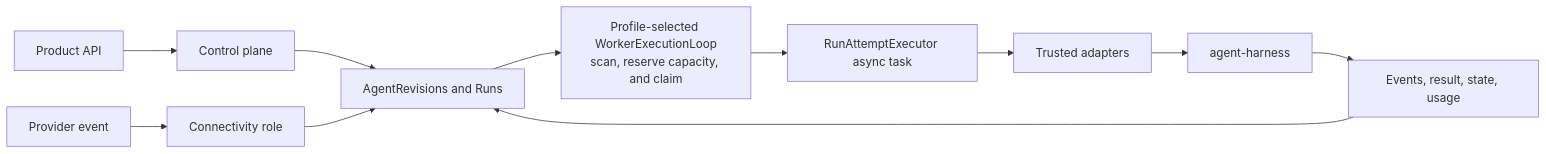
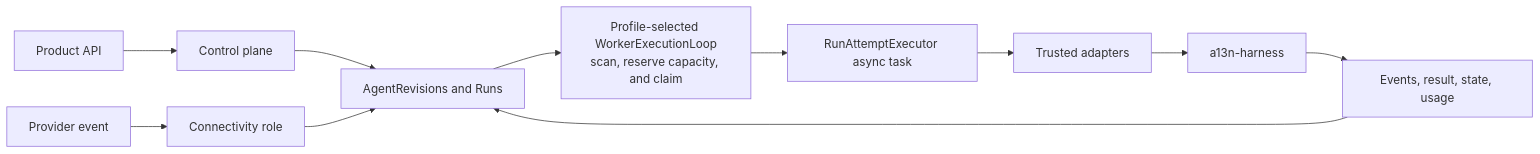
Before and after one commit to LTThreeComma/agent-foundation: the second of 4 diagrams in spec/README.md, drawn with Mermaid. The commit also changed other lines of this file and 1957 other files, not shown here.

````diff
--- a/spec/README.md
+++ b/spec/README.md
@@ -195,12 +203,12 @@
 ```mermaid
 flowchart LR
     API[Product API] --> Control[Control plane]
     Provider[Provider event] --> Connectivity[Connectivity role]
     Control & Connectivity --> Durable[AgentRevisions and Runs]
     Durable --> Loop[Profile-selected WorkerExecutionLoop<br/>scan, reserve capacity, and claim]
     Loop --> Executor[RunAttemptExecutor async task]
     Executor --> Reconstruct[Trusted adapters]
-    Reconstruct --> Harness[agent-harness]
+    Reconstruct --> Harness[a13n-harness]
     Harness --> Candidate[Events, result, state, usage]
     Candidate --> Durable
 ```
````
